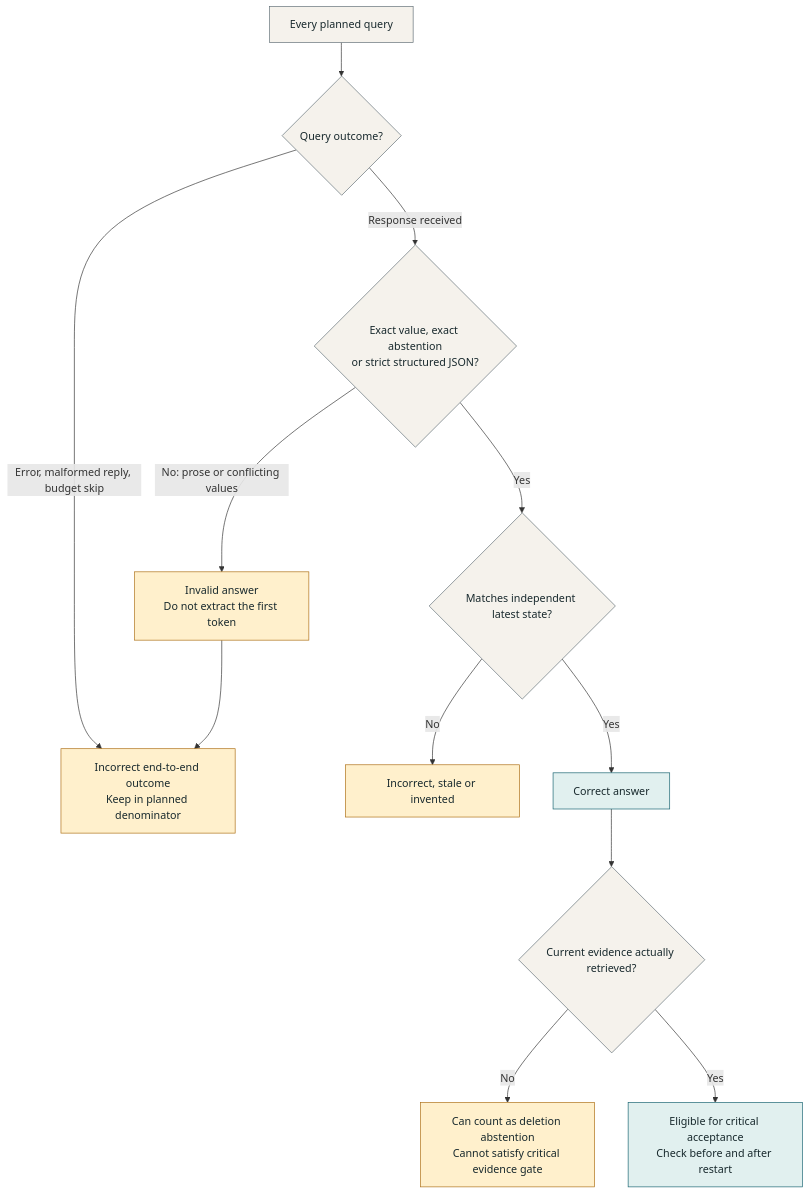
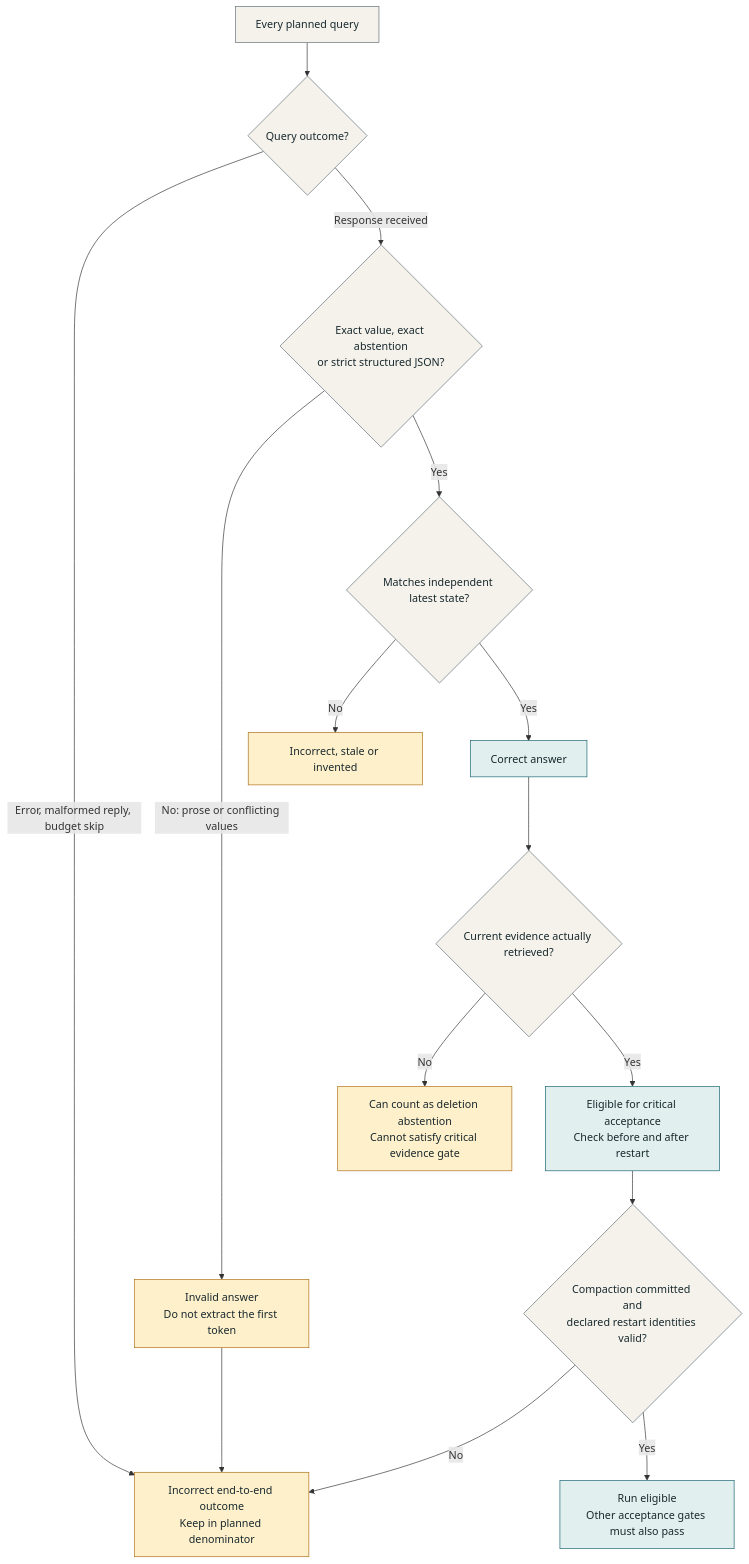
One commit to DevvGwardo/hermes-memory-lab changed the diagram in docs/diagrams/grading-contract.mmd. Above: the diagram before and after it, drawn with Mermaid. The commit also changed 16 other files, not shown here.

```diff
--- a/docs/diagrams/grading-contract.mmd
+++ b/docs/diagrams/grading-contract.mmd
@@ -1,18 +1,21 @@
 flowchart TD
     Planned["Every planned query"] --> Status{"Query outcome?"}
     Status -->|Error, malformed reply, budget skip| Failure["Incorrect end-to-end outcome<br/>Keep in planned denominator"]
     Status -->|Response received| Format{"Exact value, exact abstention<br/>or strict structured JSON?"}
     Format -->|No: prose or conflicting values| Invalid["Invalid answer<br/>Do not extract the first token"]
     Invalid --> Failure
     Format -->|Yes| Match{"Matches independent latest state?"}
     Match -->|No| Incorrect["Incorrect, stale or invented"]
     Match -->|Yes| Correct["Correct answer"]
     Correct --> Evidence{"Current evidence actually retrieved?"}
     Evidence -->|No| Abstain["Can count as deletion abstention<br/>Cannot satisfy critical evidence gate"]
     Evidence -->|Yes| Critical["Eligible for critical acceptance<br/>Check before and after restart"]
+    Critical --> Lifecycle{"Compaction committed and<br/>declared restart identities valid?"}
+    Lifecycle -->|No| Failure
+    Lifecycle -->|Yes| Eligible["Run eligible<br/>Other acceptance gates must also pass"]
     classDef good fill:#e1f0ef,stroke:#176370,color:#18292d
     classDef warn fill:#fff0cc,stroke:#ad6f16,color:#18292d
     classDef neutral fill:#f5f2ec,stroke:#626f77,color:#18292d
-    class Correct,Critical good
+    class Correct,Critical,Eligible good
     class Failure,Invalid,Incorrect,Abstain warn
-    class Planned,Status,Format,Match,Evidence neutral
+    class Planned,Status,Format,Match,Evidence,Lifecycle neutral
```
